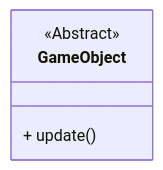
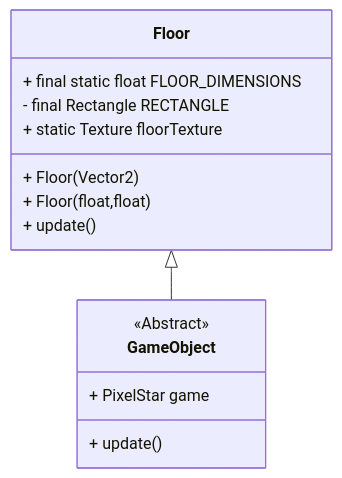
Before and after one commit to StrangeClone/PixelStars: the diagram in core/src/com/pixelstar/gameobject/README.md, drawn with Mermaid. The commit also changed 4 other files, not shown here.

Commit message:
Commit 0.2 - Created the Floor class, first implementation of the GameObject class

````diff
--- a/core/src/com/pixelstar/gameobject/README.md
+++ b/core/src/com/pixelstar/gameobject/README.md
@@ -6,7 +6,17 @@
 ```mermaid
 classDiagram
 class GameObject {
     <<Abstract>>
+    + PixelStar game
     + update()
 }
+class Floor {
+    + final static float FLOOR_DIMENSIONS
+    - final Rectangle RECTANGLE
+    + static Texture floorTexture
+    + Floor(Vector2)
+    + Floor(float,float)
+    + update()
+}
+Floor <|-- GameObject
 ```
````
